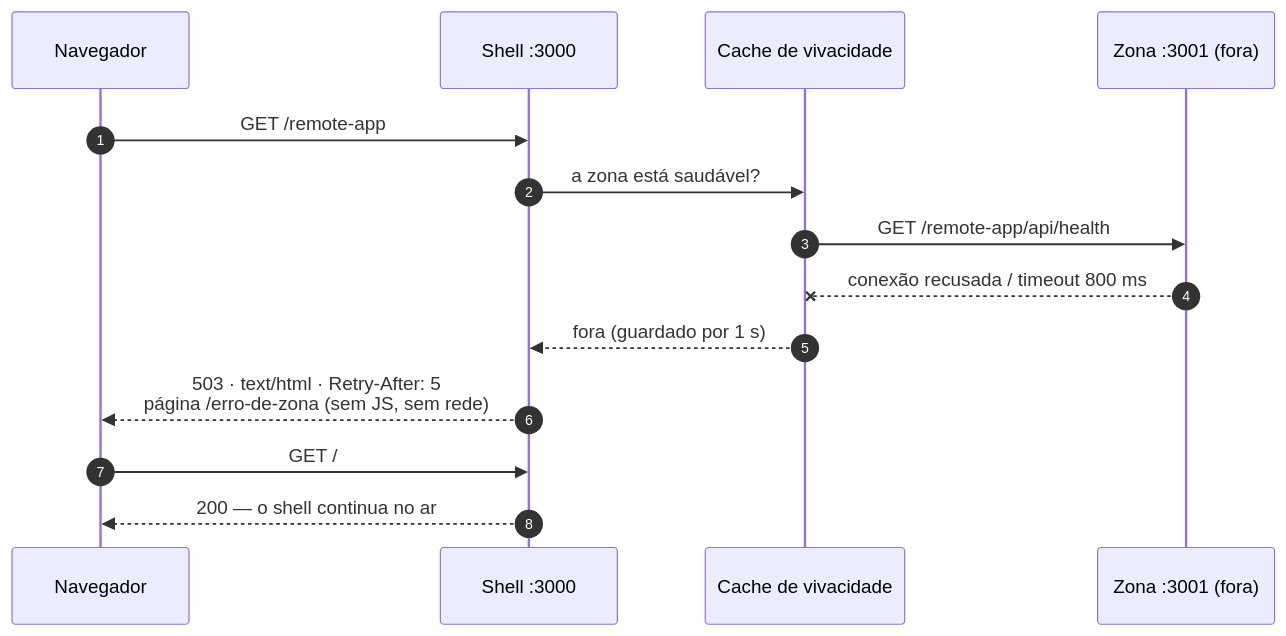
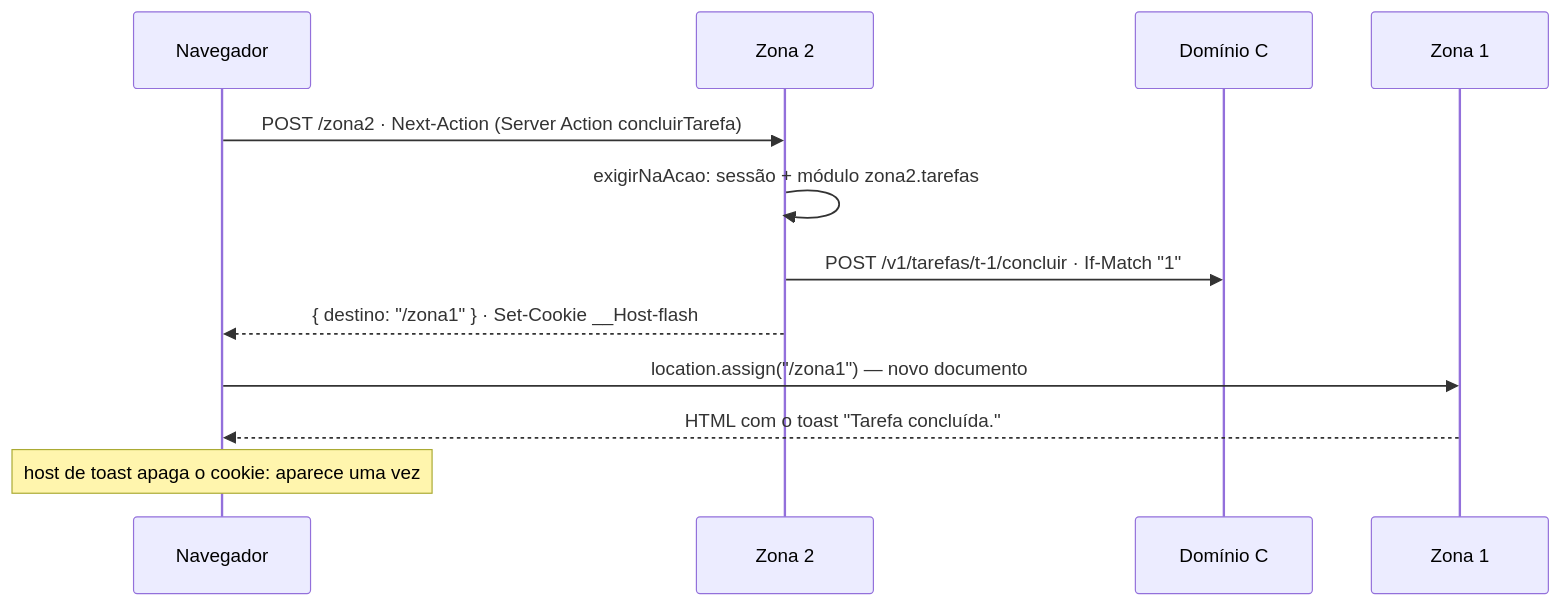
Before and after one commit to ArtroxGabriel/nextjs-mfe: the fourth of 4 diagrams in docs/arquitetura/atual.md, drawn with Mermaid. The commit also changed other lines of this file and 26 other files, not shown here.

````diff
--- a/docs/arquitetura/atual.md
+++ b/docs/arquitetura/atual.md
@@ -93,17 +137,14 @@
 ```mermaid
 sequenceDiagram
-    autonumber
     participant N as Navegador
-    participant S as Shell :3000
-    participant C as Cache de vivacidade
-    participant Z as Zona :3001 (fora)
-
-    N->>S: GET /remote-app
-    S->>C: a zona está saudável?
-    C->>Z: GET /remote-app/api/health
-    Z--xC: conexão recusada / timeout 800 ms
-    C-->>S: fora (guardado por 1 s)
-    S-->>N: 503 · text/html · Retry-After: 5<br/>página /erro-de-zona (sem JS, sem rede)
-    N->>S: GET /
-    S-->>N: 200 — o shell continua no ar
+    participant Z2 as Zona 2
+    participant C as Domínio C
+    participant Z1 as Zona 1
+    N->>Z2: POST /zona2 · Next-Action (Server Action concluirTarefa)
+    Z2->>Z2: exigirNaAcao: sessão + módulo zona2.tarefas
+    Z2->>C: POST /v1/tarefas/t-1/concluir · If-Match "1"
+    Z2-->>N: { destino: "/zona1" } · Set-Cookie __Host-flash
+    N->>Z1: location.assign("/zona1") — novo documento
+    Z1-->>N: HTML com o toast "Tarefa concluída."
+    Note over N: host de toast apaga o cookie: aparece uma vez
 ```
````
